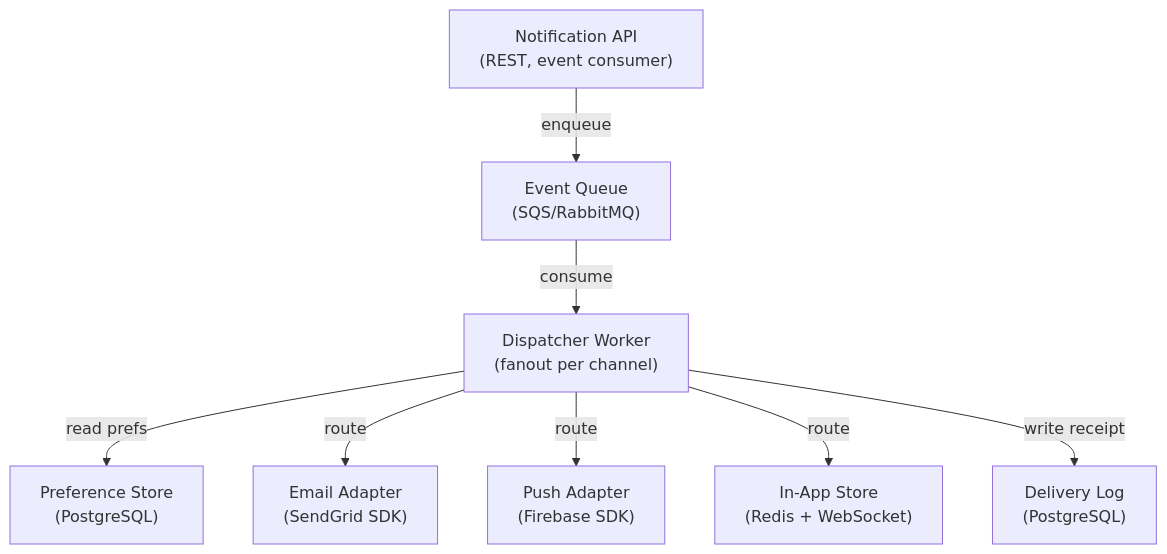
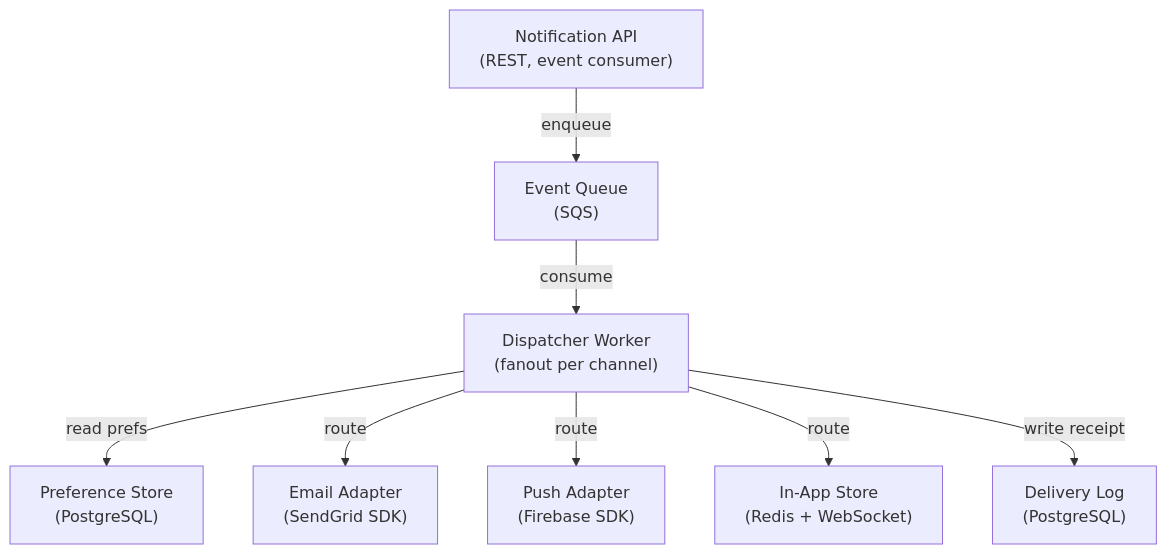
Before and after one commit to hpsgd/claude-marketplace: the second of 3 diagrams in examples/engineering/architect/skills/system-design.md, drawn with Mermaid. The commit also changed other lines of this file and 120 other files, not shown here.

````diff
--- a/examples/engineering/architect/skills/system-design.md
+++ b/examples/engineering/architect/skills/system-design.md
@@ -82,19 +81,18 @@
 ```mermaid
 graph TD
   API["Notification API\n(REST, event consumer)"]
-  Queue["Event Queue\n(SQS/RabbitMQ)"]
+  Queue["Event Queue\n(SQS)"]
   Dispatcher["Dispatcher Worker\n(fanout per channel)"]
   PrefStore["Preference Store\n(PostgreSQL)"]
   DeliveryDB["Delivery Log\n(PostgreSQL)"]
   EmailAdapter["Email Adapter\n(SendGrid SDK)"]
   PushAdapter["Push Adapter\n(Firebase SDK)"]
   InApp["In-App Store\n(Redis + WebSocket)"]
-
   API -->|"enqueue"| Queue
   Queue -->|"consume"| Dispatcher
   Dispatcher -->|"read prefs"| PrefStore
   Dispatcher -->|"route"| EmailAdapter
   Dispatcher -->|"route"| PushAdapter
   Dispatcher -->|"route"| InApp
   Dispatcher -->|"write receipt"| DeliveryDB
 ```
````
